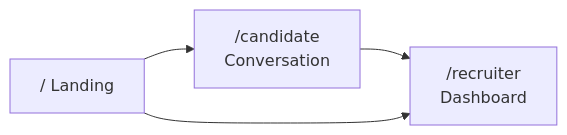
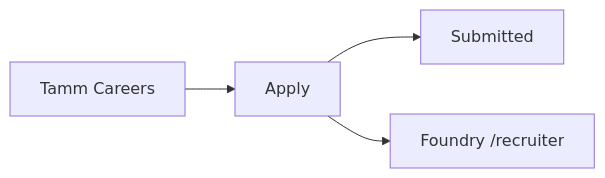
Before and after one commit to habinrahman/Foundry: the second of 5 diagrams in README.md, drawn with Mermaid. The commit also changed other lines of this file and 7 other files, not shown here.

Commit message:
polish: enrich Foundry recruiter UX and reposition README

````diff
--- a/README.md
+++ b/README.md
@@ -122,9 +317,9 @@
 ```mermaid
 flowchart LR
-  Home["/ Landing"]
-  Candidate["/candidate\nConversation"]
-  Recruiter["/recruiter\nDashboard"]
-  Home --> Candidate
-  Candidate --> Recruiter
-  Home --> Recruiter
+  Careers["Tamm Careers"]
+  Apply["Apply"]
+  Success["Submitted"]
+  Foundry["Foundry /recruiter"]
+  Careers --> Apply --> Success
+  Apply --> Foundry
 ```
````
